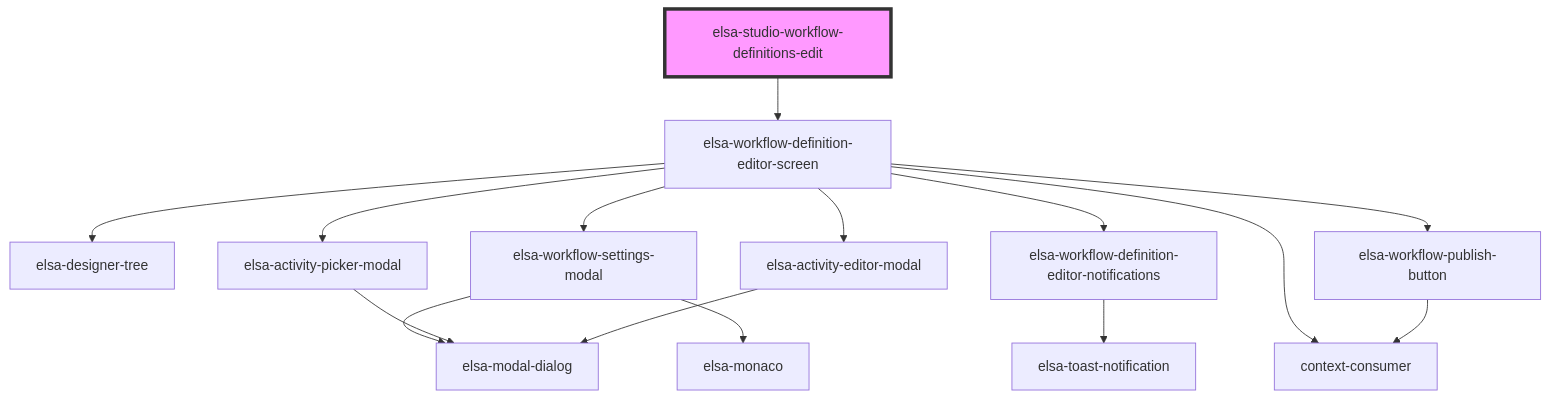
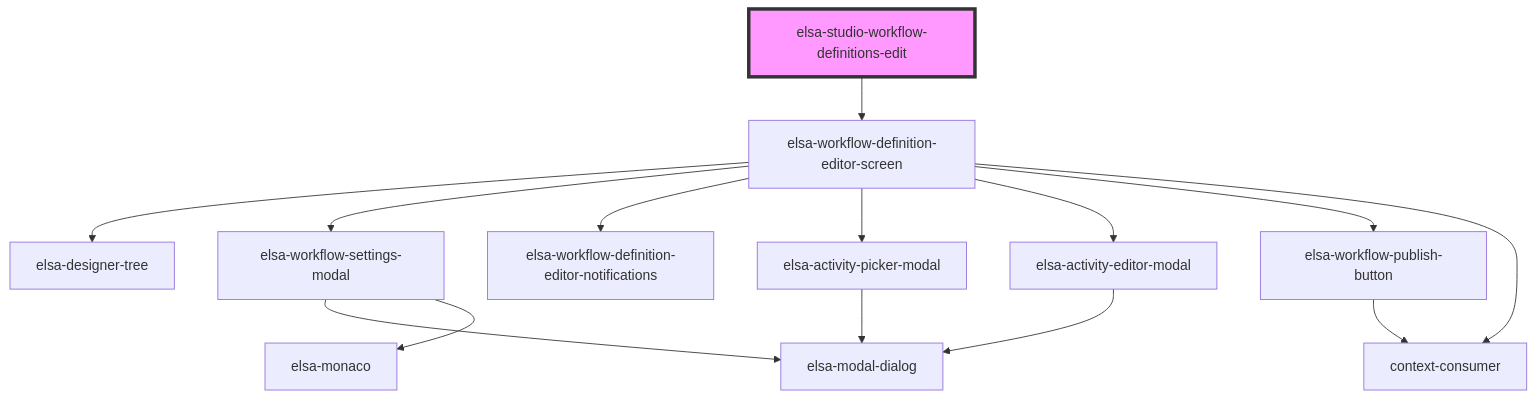
One commit to elsa-workflows/elsa-core changed the diagram in src/designer/elsa-workflows-studio/src/components/dashboard/pages/elsa-studio-workflow-definitions-edit/readme.md. Above: the diagram before and after it, drawn with Mermaid. The commit also changed 12 other files, not shown here.

Commit message:
Add toast-notification-service

````diff
--- a/src/designer/elsa-workflows-studio/src/components/dashboard/pages/elsa-studio-workflow-definitions-edit/readme.md
+++ b/src/designer/elsa-workflows-studio/src/components/dashboard/pages/elsa-studio-workflow-definitions-edit/readme.md
@@ -22,18 +22,17 @@
 ```mermaid
 graph TD;
   elsa-studio-workflow-definitions-edit --> elsa-workflow-definition-editor-screen
   elsa-workflow-definition-editor-screen --> elsa-designer-tree
   elsa-workflow-definition-editor-screen --> elsa-workflow-settings-modal
   elsa-workflow-definition-editor-screen --> elsa-workflow-definition-editor-notifications
   elsa-workflow-definition-editor-screen --> elsa-activity-picker-modal
   elsa-workflow-definition-editor-screen --> elsa-activity-editor-modal
   elsa-workflow-definition-editor-screen --> elsa-workflow-publish-button
   elsa-workflow-definition-editor-screen --> context-consumer
   elsa-workflow-settings-modal --> elsa-modal-dialog
   elsa-workflow-settings-modal --> elsa-monaco
-  elsa-workflow-definition-editor-notifications --> elsa-toast-notification
   elsa-activity-picker-modal --> elsa-modal-dialog
   elsa-activity-editor-modal --> elsa-modal-dialog
   elsa-workflow-publish-button --> context-consumer
   style elsa-studio-workflow-definitions-edit fill:#f9f,stroke:#333,stroke-width:4px
 ```
````
